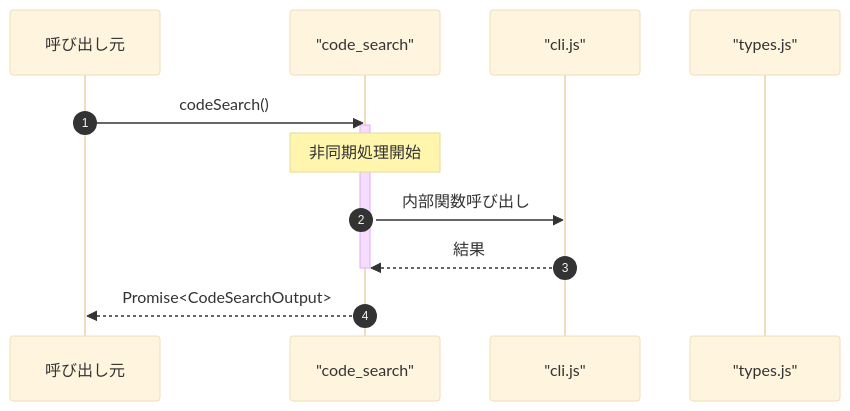
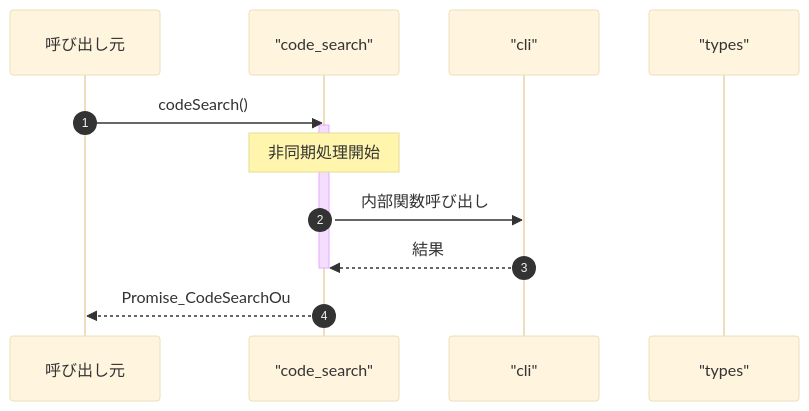
Before and after one commit to Mekann2904/mekann: the second of 2 diagrams in ABDD/.pi/extensions/search/tools/code_search.md, drawn with Mermaid (base theme). The commit also changed other lines of this file and 174 other files, not shown here.

First line of the commit message:
fix(docs): ABDDのMermaid図生成エラーを修正する

````diff
--- a/ABDD/.pi/extensions/search/tools/code_search.md
+++ b/ABDD/.pi/extensions/search/tools/code_search.md
@@ -54,16 +54,16 @@
 ```mermaid
 sequenceDiagram
   autonumber
   participant Caller as 呼び出し元
   participant code_search as "code_search"
-  participant cli_js as "cli.js"
-  participant types_js as "types.js"
+  participant cli as "cli"
+  participant types as "types"
 
   Caller->>code_search: codeSearch()
   activate code_search
   Note over code_search: 非同期処理開始
-  code_search->>cli_js: 内部関数呼び出し
-  cli_js-->>code_search: 結果
+  code_search->>cli: 内部関数呼び出し
+  cli-->>code_search: 結果
   deactivate code_search
-  code_search-->>Caller: Promise<CodeSearchOutput>
+  code_search-->>Caller: Promise_CodeSearchOu
 ```
````
